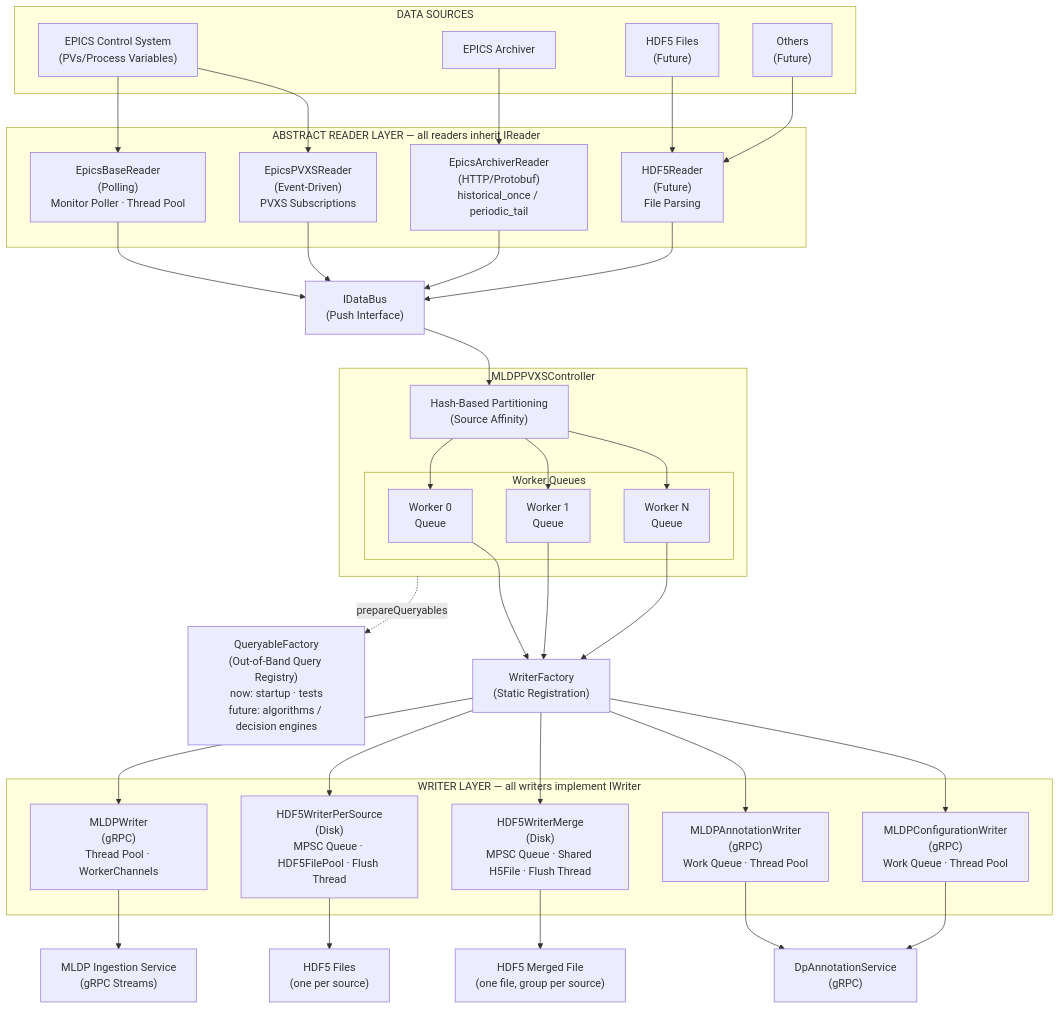
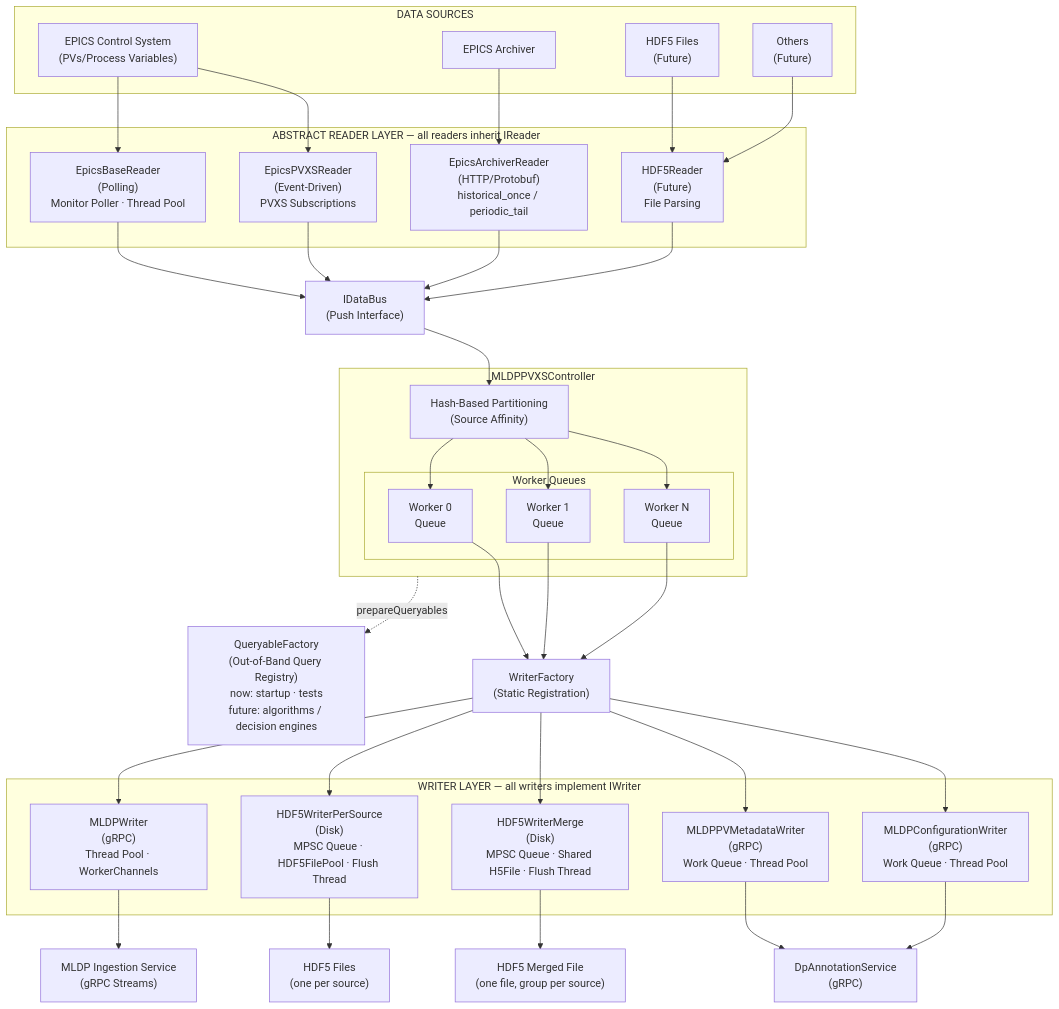
One commit to slaclab/mldp-pvxs-driver changed the first of 3 diagrams in docs/reference/architecture.md. Above: the diagram before and after it, drawn with Mermaid. The commit also changed other lines of this file and 17 other files, not shown here.

First line of the commit message:
refactor(writer): rename MLDPAnnotationWriter to MLDPPVMetadataWriter

````diff
--- a/docs/reference/architecture.md
+++ b/docs/reference/architecture.md
@@ -11,79 +11,79 @@
 ```mermaid
 flowchart TB
     subgraph DataSources["DATA SOURCES"]
         DS1["EPICS Control System<br/>(PVs/Process Variables)"]
         DS2["EPICS Archiver<br/>"]
         DS3["HDF5 Files<br/>(Future)"]
         DS4["Others<br/>(Future)"]
     end
 
     subgraph ReaderLayer["ABSTRACT READER LAYER — all readers inherit IReader"]
         R1["EpicsBaseReader<br/>(Polling)<br/>Monitor Poller · Thread Pool"]
         R2["EpicsPVXSReader<br/>(Event-Driven)<br/>PVXS Subscriptions"]
         R3["EpicsArchiverReader<br/>(HTTP/Protobuf)<br/>historical_once / periodic_tail"]
         R4["HDF5Reader<br/>(Future)<br/>File Parsing"]
     end
 
     IDataBus["IDataBus<br/>(Push Interface)"]
 
     subgraph Controller["MLDPPVXSController"]
         HashPart["Hash-Based Partitioning<br/>(Source Affinity)"]
         subgraph Workers["Worker Queues"]
             W0["Worker 0<br/>Queue"]
             W1["Worker 1<br/>Queue"]
             WN["Worker N<br/>Queue"]
         end
     end
 
     QueryableFactory["QueryableFactory<br/>(Out-of-Band Query Registry)<br/>now: startup · tests<br/>future: algorithms / decision engines"]
 
     WriterFactory["WriterFactory<br/>(Static Registration)"]
 
     subgraph WriterLayer["WRITER LAYER — all writers implement IWriter"]
         WR1["MLDPWriter<br/>(gRPC)<br/>Thread Pool · WorkerChannels"]
         WR2["HDF5WriterPerSource<br/>(Disk)<br/>MPSC Queue · HDF5FilePool · Flush Thread"]
         WR3["HDF5WriterMerge<br/>(Disk)<br/>MPSC Queue · Shared H5File · Flush Thread"]
-        WR4["MLDPAnnotationWriter<br/>(gRPC)<br/>Work Queue · Thread Pool"]
+        WR4["MLDPPVMetadataWriter<br/>(gRPC)<br/>Work Queue · Thread Pool"]
         WR5["MLDPConfigurationWriter<br/>(gRPC)<br/>Work Queue · Thread Pool"]
     end
 
     MLDPService["MLDP Ingestion Service<br/>(gRPC Streams)"]
     HDF5Files["HDF5 Files<br/>(one per source)"]
     HDF5Merged["HDF5 Merged File<br/>(one file, group per source)"]
     AnnotationService["DpAnnotationService<br/>(gRPC)"]
 
     DS1 --> R1
     DS1 --> R2
     DS2 --> R3
     DS3 --> R4
     DS4 --> R4
 
     R1 --> IDataBus
     R2 --> IDataBus
     R3 --> IDataBus
     R4 --> IDataBus
 
     IDataBus --> HashPart
     IDataBus ~~~ QueryableFactory
     HashPart --> W0
     HashPart --> W1
     HashPart --> WN
 
     Controller -. prepareQueryables .-> QueryableFactory
 
     W0 --> WriterFactory
     W1 --> WriterFactory
     WN --> WriterFactory
 
     WriterFactory --> WR1
     WriterFactory --> WR2
     WriterFactory --> WR3
     WriterFactory --> WR4
     WriterFactory --> WR5
 
     WR1 --> MLDPService
     WR2 --> HDF5Files
     WR3 --> HDF5Merged
     WR4 --> AnnotationService
     WR5 --> AnnotationService
 ```
````
